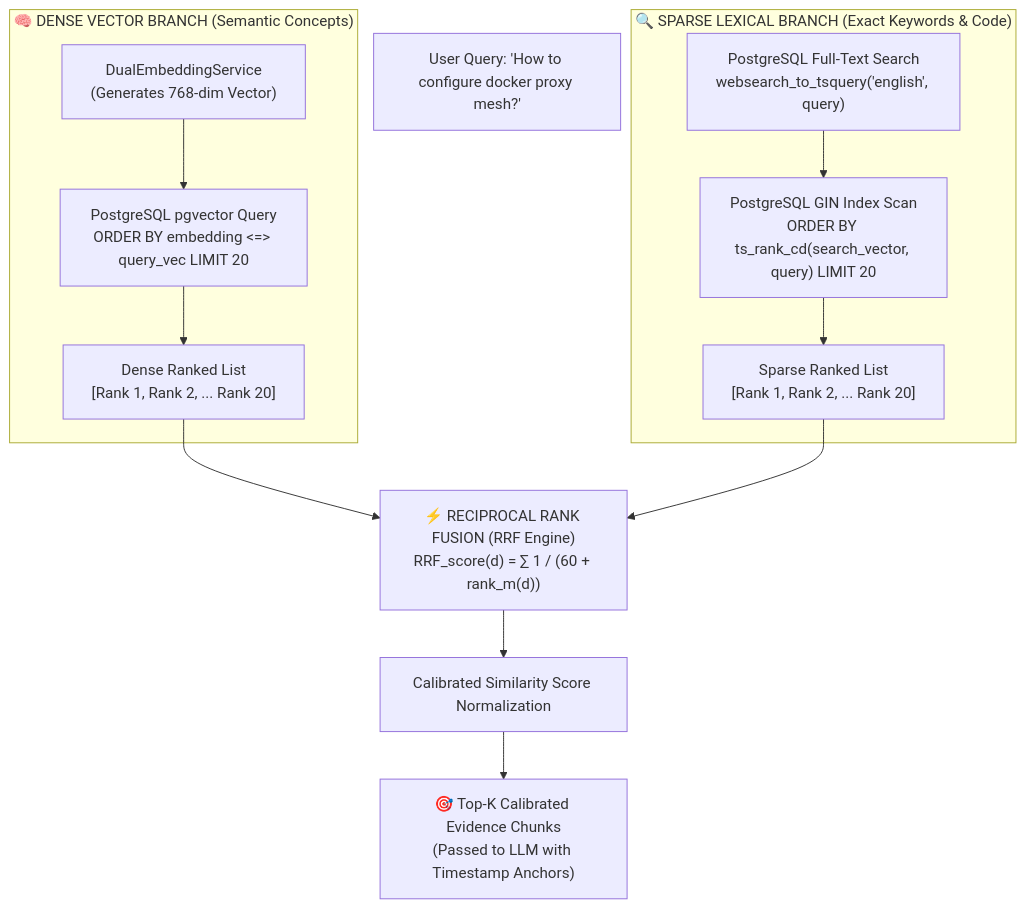
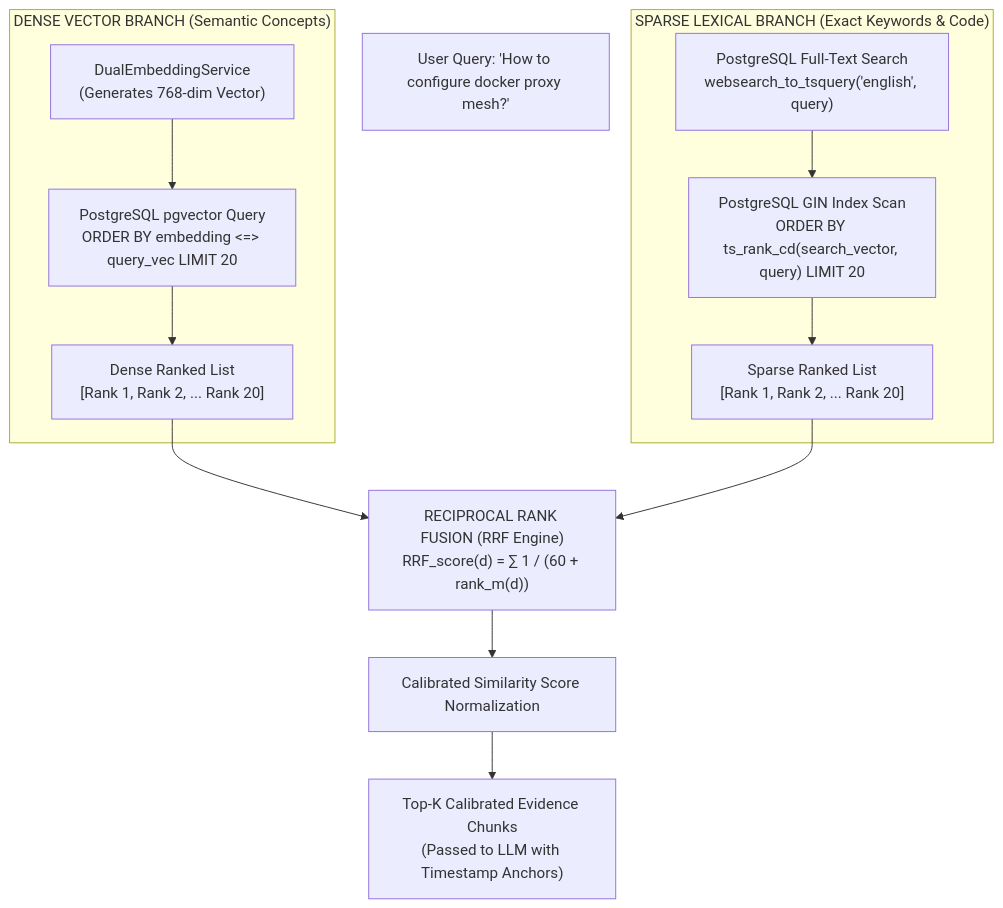
The fourth of 4 diagrams in backend/README.md (saketjha34/ResearchTube), drawn with Mermaid before and after one commit. The commit also changed other lines of this file and 2 other files, not shown here.

````diff
--- a/backend/README.md
+++ b/backend/README.md
@@ -382,24 +387,24 @@
 ```mermaid
 flowchart TD
     Q["User Query: 'How to configure docker proxy mesh?'"]
 
-    subgraph DenseBranch["🧠 DENSE VECTOR BRANCH (Semantic Concepts)"]
+    subgraph DenseBranch["DENSE VECTOR BRANCH (Semantic Concepts)"]
         Emb["DualEmbeddingService\n(Generates 768-dim Vector)"]
         HNSW["PostgreSQL pgvector Query\nORDER BY embedding <=> query_vec LIMIT 20"]
         DenseList["Dense Ranked List\n[Rank 1, Rank 2, ... Rank 20]"]
         Emb --> HNSW --> DenseList
     end
 
-    subgraph SparseBranch["🔍 SPARSE LEXICAL BRANCH (Exact Keywords & Code)"]
+    subgraph SparseBranch["SPARSE LEXICAL BRANCH (Exact Keywords & Code)"]
         FTS["PostgreSQL Full-Text Search\nwebsearch_to_tsquery('english', query)"]
         GIN["PostgreSQL GIN Index Scan\nORDER BY ts_rank_cd(search_vector, query) LIMIT 20"]
         SparseList["Sparse Ranked List\n[Rank 1, Rank 2, ... Rank 20]"]
         FTS --> GIN --> SparseList
     end
 
-    DenseList --> RRFMerge["⚡ RECIPROCAL RANK FUSION (RRF Engine)\nRRF_score(d) = ∑ 1 / (60 + rank_m(d))"]
+    DenseList --> RRFMerge["RECIPROCAL RANK FUSION (RRF Engine)\nRRF_score(d) = ∑ 1 / (60 + rank_m(d))"]
     SparseList --> RRFMerge
 
     RRFMerge --> Calibrate["Calibrated Similarity Score Normalization"]
-    Calibrate --> FinalTopK["🎯 Top-K Calibrated Evidence Chunks\n(Passed to LLM with Timestamp Anchors)"]
+    Calibrate --> FinalTopK["Top-K Calibrated Evidence Chunks\n(Passed to LLM with Timestamp Anchors)"]
 ```
````
